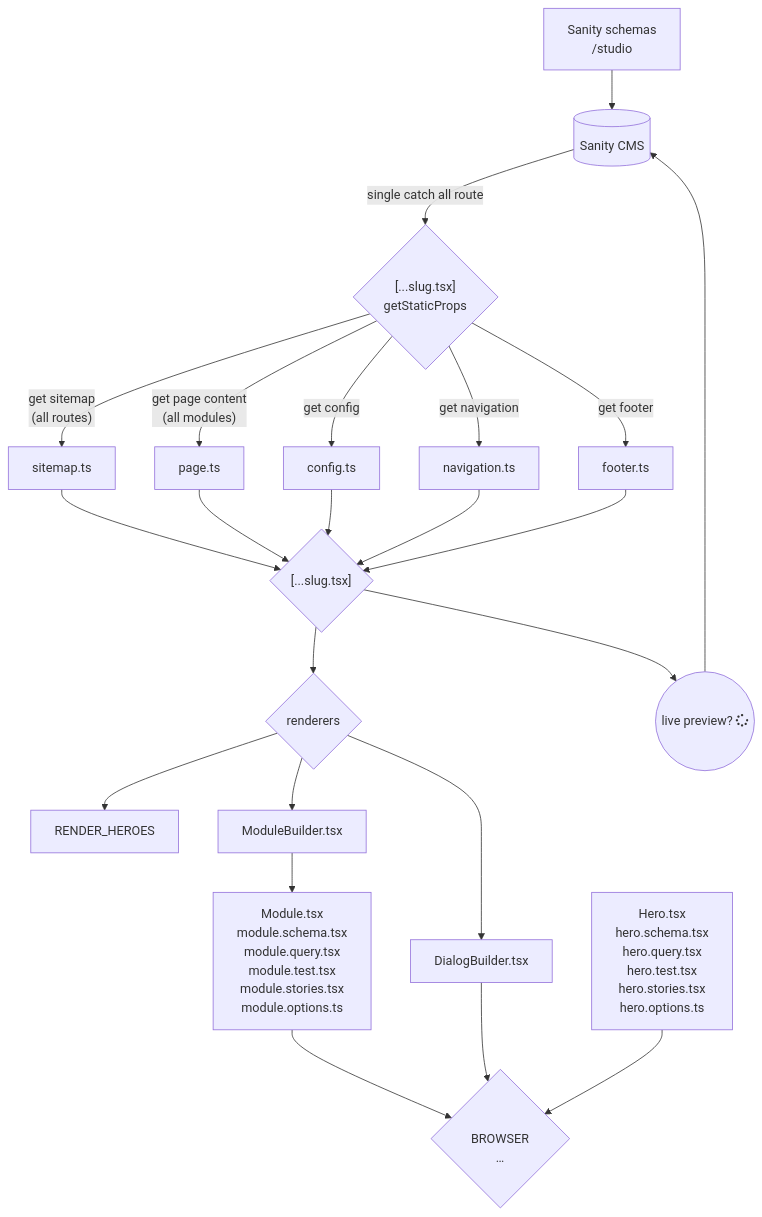
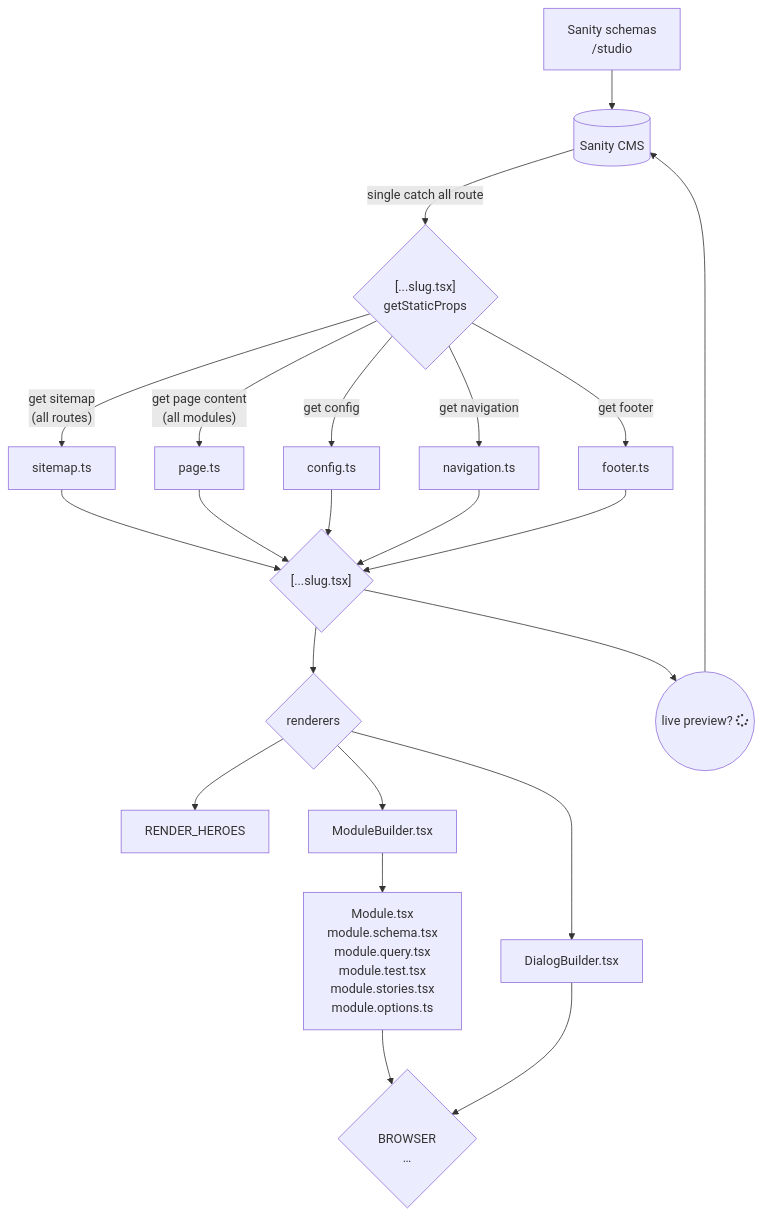
One commit to Mawla/Agency-Starter-Framework changed the diagram in README.md. Above: the diagram before and after it, drawn with Mermaid. The commit also changed other lines of this file and 19 other files, not shown here.

````diff
--- a/README.md
+++ b/README.md
@@ -33,27 +32,26 @@
 ```mermaid
 graph TD
     SCHEMAS["Sanity schemas<br>/studio"]-->CMS
     CMS[(Sanity CMS)]-->|single catch all route|DATA{"[...slug.tsx] <br>getStaticProps"}
     PREVIEW_MODE((live preview? fa:fa-spinner))--->CMS
 
     DATA -->|"get sitemap<br>(all routes)"| QUERY_SITEMAP[sitemap.ts]-->CATCH_ALL_RENDER
     DATA -->|"get page content<br>(all modules)"| QUERY_PAGE[page.ts]-->CATCH_ALL_RENDER
     DATA -->|get config| QUERY_CONFIG[config.ts]-->CATCH_ALL_RENDER
     DATA -->|get navigation| QUERY_NAV[navigation.ts] -->CATCH_ALL_RENDER
     DATA -->|get footer| QUERY_FOOTER[footer.ts] -->CATCH_ALL_RENDER
 
     CATCH_ALL_RENDER{"[...slug.tsx]"} -->RENDER
     CATCH_ALL_RENDER-->PREVIEW_MODE
 
     RENDER{renderers} -->RENDER_HEROES
     RENDER -->RENDER_MODULES
     RENDER -->RENDER_DIALOGS
 
     RENDER_MODULES[ModuleBuilder.tsx]-->MODULE
     RENDER_DIALOGS[DialogBuilder.tsx]-->PAGE
 
-    HERO[Hero.tsx<br>hero.schema.tsx<br>hero.query.tsx<br>hero.test.tsx<br>hero.stories.tsx<br>hero.options.ts]-->PAGE
     MODULE[Module.tsx<br>module.schema.tsx<br>module.query.tsx<br>module.test.tsx<br>module.stories.tsx<br>module.options.ts]-->PAGE
 
     PAGE{"<br>BROWSER<br>…"}
 ```
````
